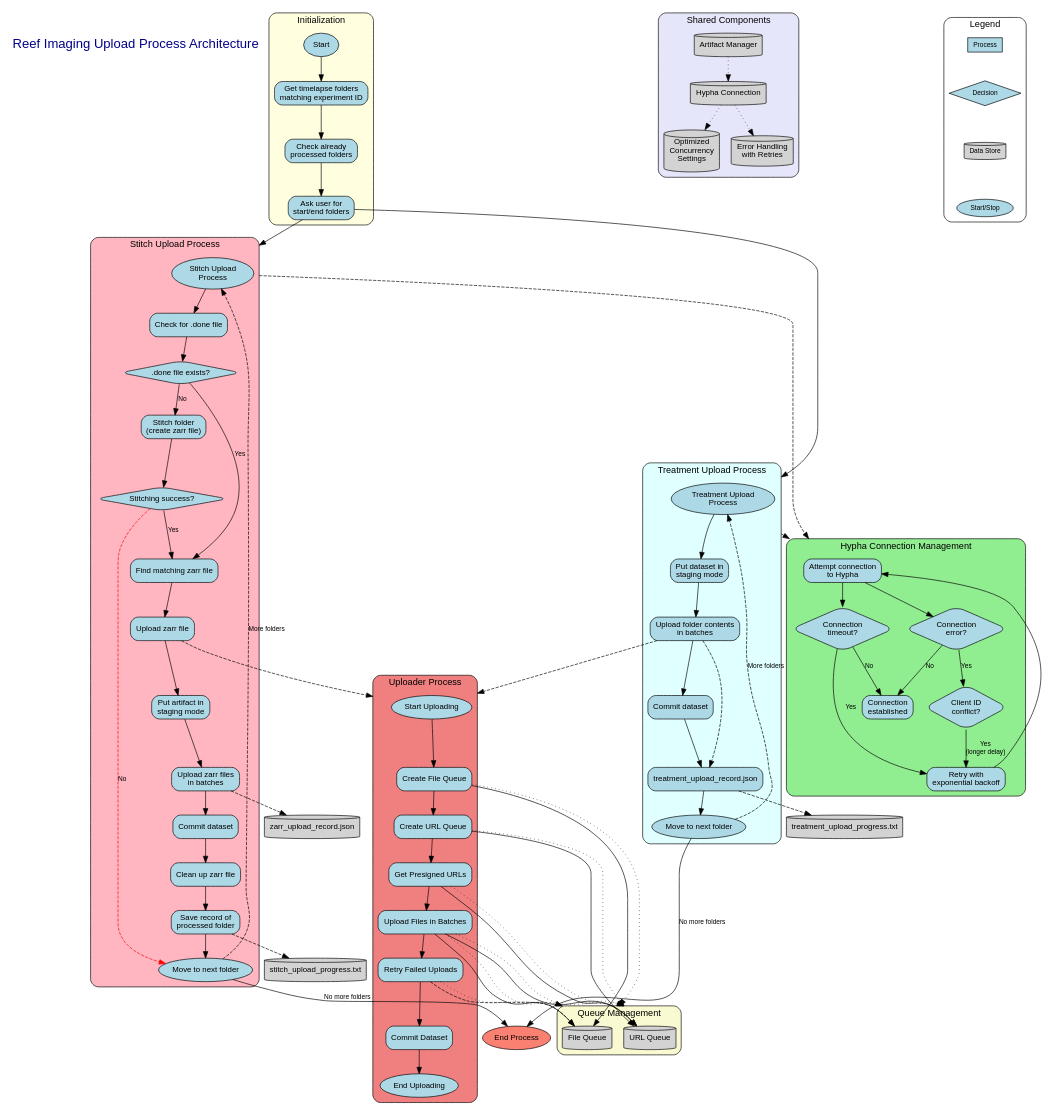
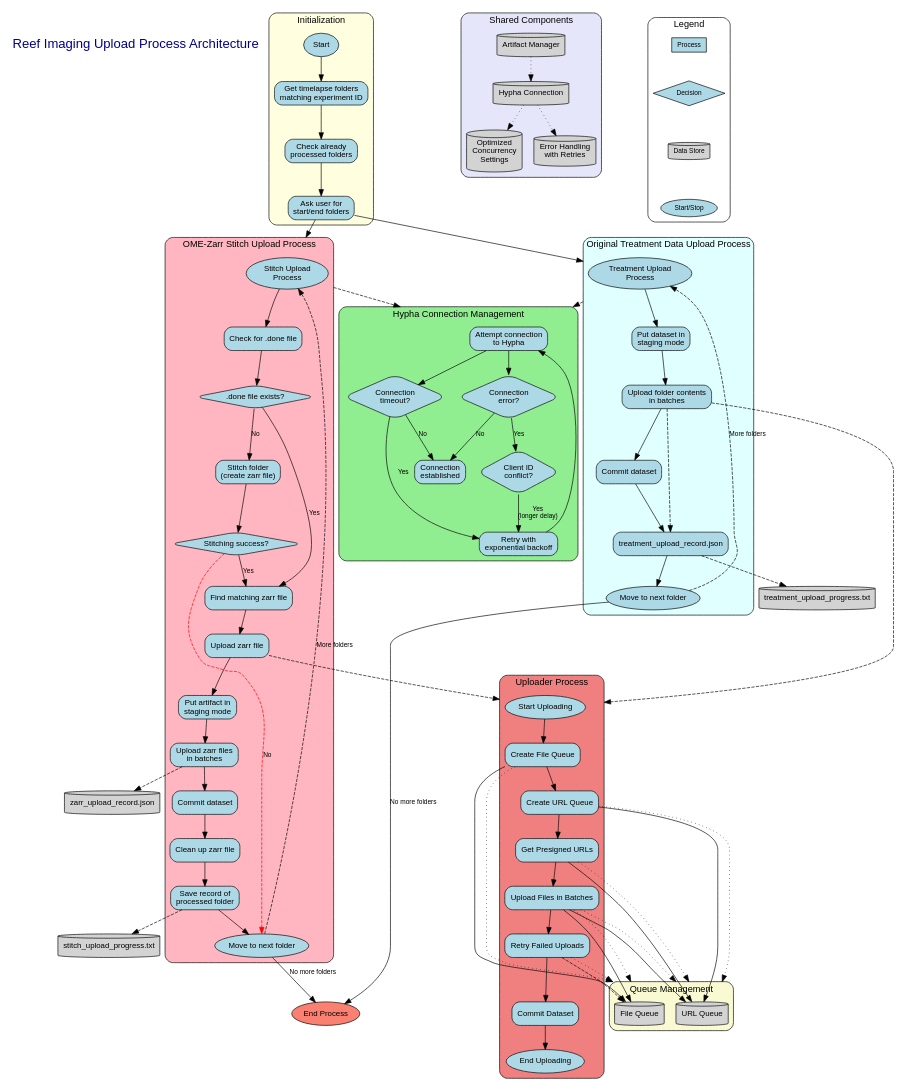
The diagram in reef_imaging/hypha_tools/artifact_manager/upload_process.dot (cccoolll/reef-imaging), drawn with Graphviz before and after one commit. The commit also changed 1 other file, not shown here.

Commit message:
Enhance upload process diagram

```diff
--- a/reef_imaging/hypha_tools/artifact_manager/upload_process.dot
+++ b/reef_imaging/hypha_tools/artifact_manager/upload_process.dot
@@ -24,50 +24,9 @@
         start -> get_folders -> get_processed -> user_input;
     }
     
-    // Common retry connection mechanism
-    subgraph cluster_connection {
-        label="Hypha Connection Management";
-        style="rounded,filled";
-        fillcolor=lightgreen;
-        
-        connect [label="Attempt connection\nto Hypha"];
-        timeout [label="Connection\ntimeout?", shape=diamond];
-        error [label="Connection\nerror?", shape=diamond];
-        client_conflict [label="Client ID\nconflict?", shape=diamond];
-        retry_connect [label="Retry with\nexponential backoff"];
-        connected [label="Connection\nestablished"];
-        
-        connect -> timeout;
-        timeout -> retry_connect [label="Yes"];
-        timeout -> connected [label="No"];
-        
-        connect -> error;
-        error -> client_conflict [label="Yes"];
-        error -> connected [label="No"];
-        
-        client_conflict -> retry_connect [label="Yes\n(longer delay)"];
-        retry_connect -> connect;
-    }
-    
-    // Treatment uploader process
-    subgraph cluster_treatment {
-        label="Treatment Upload Process";
-        style="rounded,filled";
-        fillcolor=lightcyan;
-        
-        treatment_start [label="Treatment Upload\nProcess", shape=oval];
-        treatment_staging [label="Put dataset in\nstaging mode"];
-        treatment_upload [label="Upload folder contents\nin batches"];
-        treatment_commit [label="Commit dataset"];
-        treatment_record [label="Save record of\nprocessed folder"];
-        treatment_next [label="Move to next folder", shape=oval];
-        
-        treatment_start -> treatment_staging -> treatment_upload -> treatment_commit -> treatment_record -> treatment_next;
-    }
-    
-    // Stitch uploader process
+    // OME-Zarr Stitch Upload Process
     subgraph cluster_stitch {
-        label="Stitch Upload Process";
+        label="OME-Zarr Stitch Upload Process";
         style="rounded,filled";
         fillcolor=lightpink;
         
@@ -93,6 +52,47 @@
         stitch_success -> stitch_next [label="No", style=dashed, color=red];
         find_zarr -> upload_zarr;
         upload_zarr -> staging_zarr -> batch_upload -> commit_zarr -> cleanup_zarr -> stitch_record -> stitch_next;
+    }
+    
+    // Hypha Connection Management
+    subgraph cluster_connection {
+        label="Hypha Connection Management";
+        style="rounded,filled";
+        fillcolor=lightgreen;
+        
+        connect [label="Attempt connection\nto Hypha"];
+        timeout [label="Connection\ntimeout?", shape=diamond];
+        error [label="Connection\nerror?", shape=diamond];
+        client_conflict [label="Client ID\nconflict?", shape=diamond];
+        retry_connect [label="Retry with\nexponential backoff"];
+        connected [label="Connection\nestablished"];
+        
+        connect -> timeout;
+        timeout -> retry_connect [label="Yes"];
+        timeout -> connected [label="No"];
+        
+        connect -> error;
+        error -> client_conflict [label="Yes"];
+        error -> connected [label="No"];
+        
+        client_conflict -> retry_connect [label="Yes\n(longer delay)"];
+        retry_connect -> connect;
+    }
+    
+    // Original Treatment Data Upload Process
+    subgraph cluster_treatment {
+        label="Original Treatment Data Upload Process";
+        style="rounded,filled";
+        fillcolor=lightcyan;
+        
+        treatment_start [label="Treatment Upload\nProcess", shape=oval];
+        treatment_staging [label="Put dataset in\nstaging mode"];
+        treatment_upload [label="Upload folder contents\nin batches"];
+        treatment_commit [label="Commit dataset"];
+        treatment_record [label="Save record of\nprocessed folder"];
+        treatment_next [label="Move to next folder", shape=oval];
+        
+        treatment_start -> treatment_staging -> treatment_upload -> treatment_commit -> treatment_record -> treatment_next;
     }
     
     // Uploader process
```
